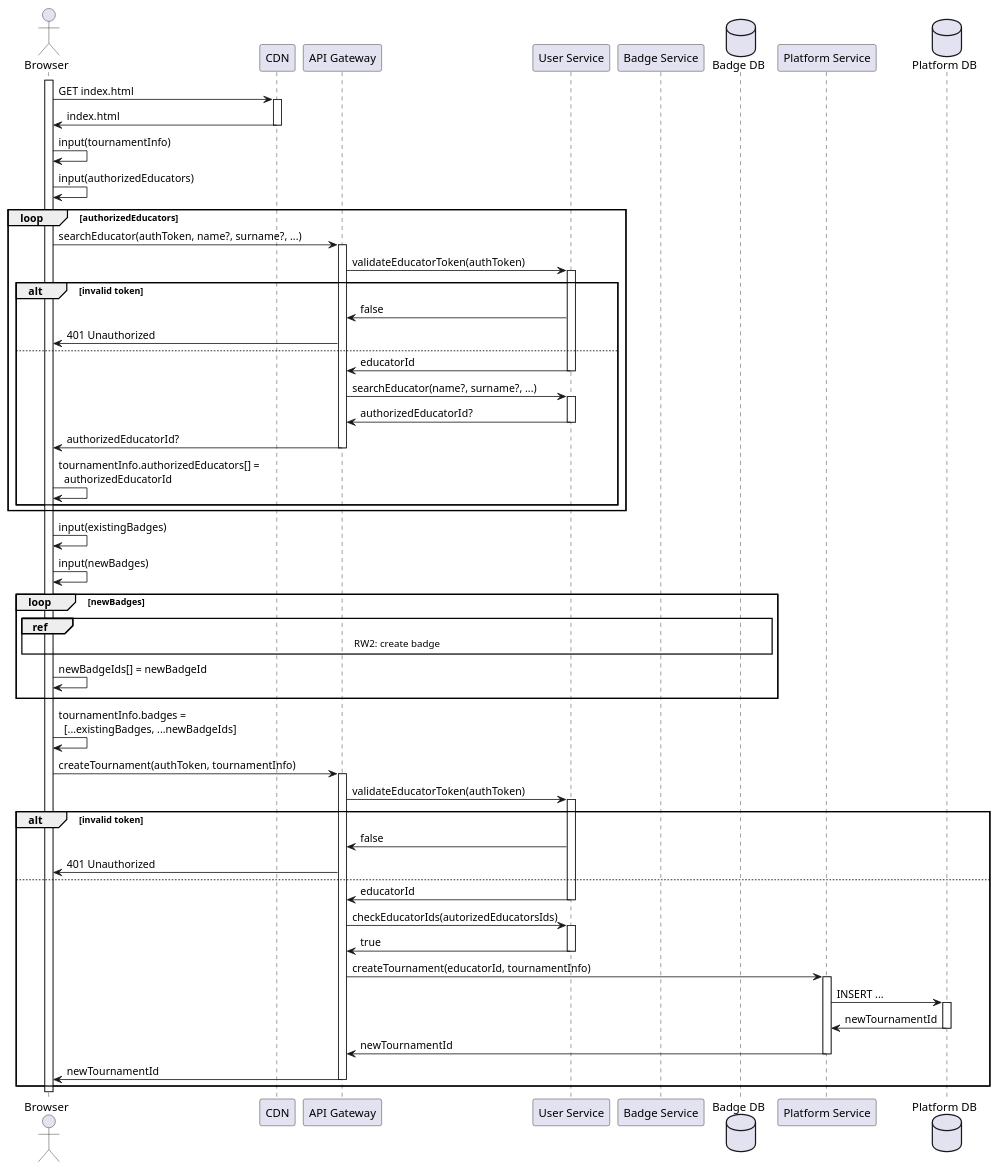
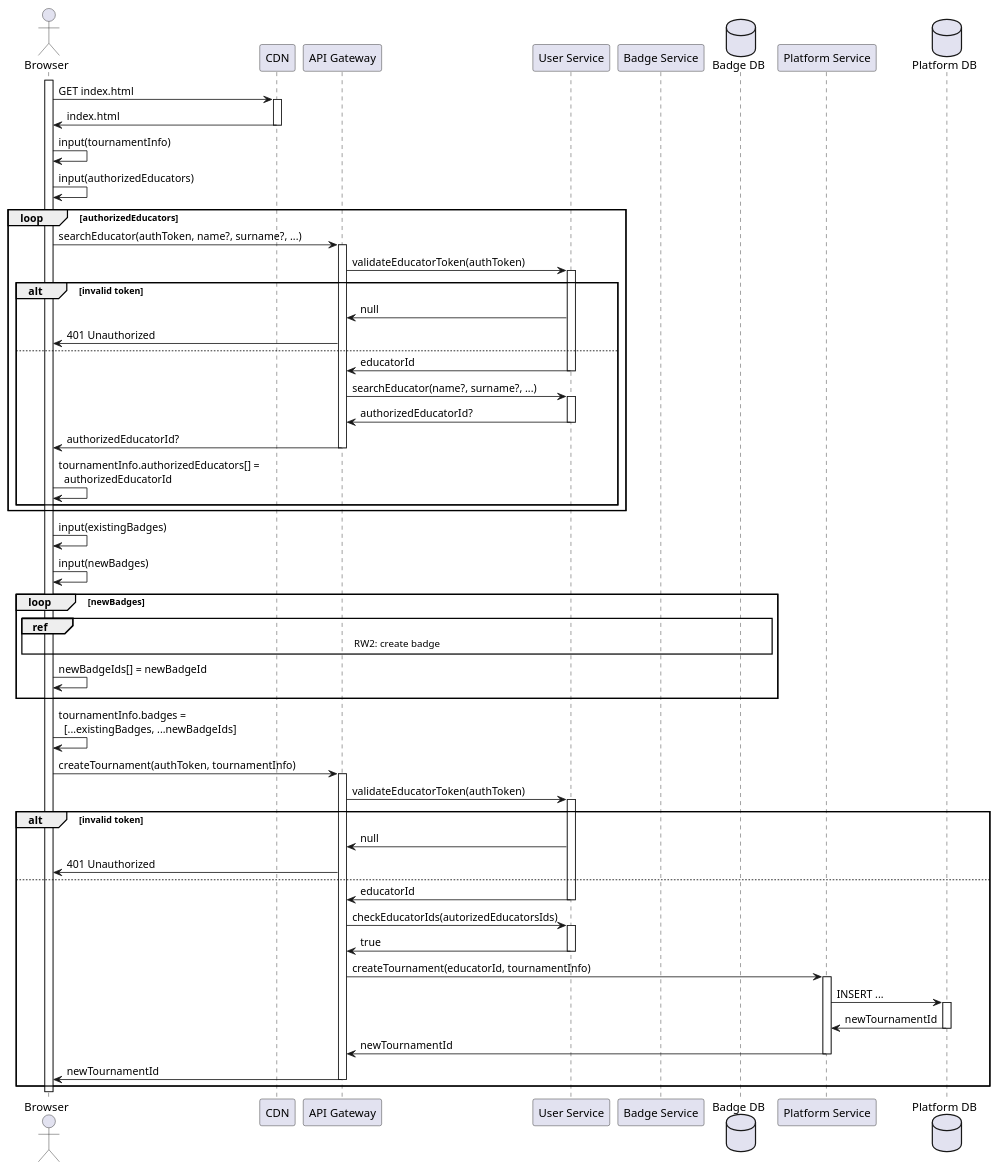
One commit to Furrrlo/CodeKataBattle changed the diagram in dd/puml/rw1.puml. Above: the diagram before and after it, drawn with PlantUML. The commit also changed 13 other files, not shown here.

```diff
--- a/dd/puml/rw1.puml
+++ b/dd/puml/rw1.puml
@@ -1,64 +1,64 @@
 @startuml RW1 - Educator creates a new Tournament
 
 actor Browser
 participant CDN
 participant "API Gateway" as gateway
 participant "User Service" as auth
 participant "Badge Service" as badges
 database "Badge DB" as badgesDb
 participant "Platform Service" as platform
 database "Platform DB" as platformDb
 
 activate Browser
 Browser -> CDN ++ : GET index.html
 Browser <- CDN -- : index.html
 
 Browser -> Browser : input(tournamentInfo)
 Browser -> Browser : input(authorizedEducators)
 
 loop authorizedEducators
     Browser -> gateway ++ : searchEducator(authToken, name?, surname?, ...)
     gateway -> auth ++ : validateEducatorToken(authToken)
     alt invalid token
-        gateway <- auth : false
+        gateway <- auth : null
         Browser <- gateway : 401 Unauthorized
     else
         gateway <- auth -- : educatorId
         gateway -> auth ++ : searchEducator(name?, surname?, ...)
         gateway <- auth -- : authorizedEducatorId?
         Browser <- gateway -- : authorizedEducatorId?
         Browser -> Browser : tournamentInfo.authorizedEducators[] =\n  authorizedEducatorId
     end
 end
 
 Browser -> Browser : input(existingBadges)
 Browser -> Browser : input(newBadges)
 
 loop newBadges
     ||10||
     ref over Browser, gateway, auth, badges, badgesDb: RW2: create badge
             Browser -> Browser : newBadgeIds[] = newBadgeId
     ||5||
 end
 
 Browser -> Browser : tournamentInfo.badges =\n  [...existingBadges, ...newBadgeIds]
 Browser -> gateway ++ : createTournament(authToken, tournamentInfo)
 
 gateway -> auth ++ : validateEducatorToken(authToken)
 alt invalid token
-    gateway <- auth : false
+    gateway <- auth : null
     Browser <- gateway : 401 Unauthorized
 else
     gateway <- auth -- : educatorId
     gateway -> auth ++ : checkEducatorIds(autorizedEducatorsIds)
     gateway <- auth -- : true
     gateway -> platform ++ : createTournament(educatorId, tournamentInfo)
     platform -> platformDb ++ : INSERT ...
     platform <- platformDb -- : newTournamentId
     gateway <- platform -- : newTournamentId
     Browser <- gateway -- : newTournamentId
 end
 
 deactivate Browser
 
 @enduml
```
